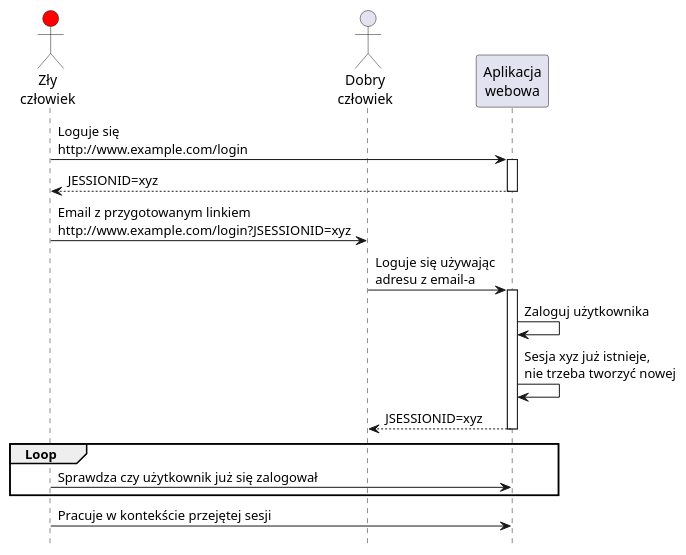
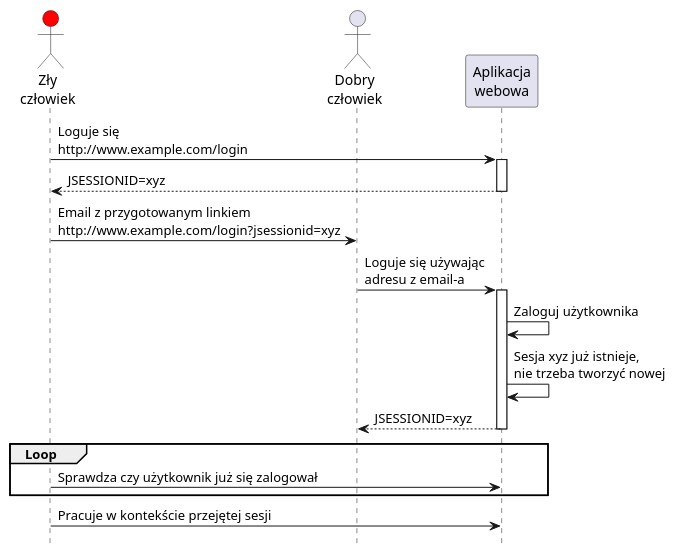
One commit to marcinmela/web-security changed the eighth of 10 diagrams in slides-pl.org. Above: the diagram before and after it, drawn with PlantUML. The commit also changed other lines of this file and 10 other files, not shown here.

```diff
--- a/slides-pl.org
+++ b/slides-pl.org
@@ -624,29 +644,29 @@
 #+BEGIN_SRC plantuml :file images/generated-session-fixation-scenario.png :results silent
 skinparam backgroundcolor transparent
 hide  footbox
 
 actor "Zły\nczłowiek" as Bob #red
 actor "Dobry\nczłowiek" as John 
 
 participant "Aplikacja\nwebowa" as App
 
 Bob -> App : Loguje się\nhttp://www.example.com/login
 activate App
-App --> Bob: JESSIONID=xyz
+App --> Bob: JSESSIONID=xyz
 deactivate App
    
-Bob -> John : Email z przygotowanym linkiem\nhttp://www.example.com/login?JSESSIONID=xyz
+Bob -> John : Email z przygotowanym linkiem\nhttp://www.example.com/login?jsessionid=xyz
 John -> App : Loguje się używając\nadresu z email-a
 activate App
 App->App : Zaloguj użytkownika
 App -> App : Sesja xyz już istnieje,\nnie trzeba tworzyć nowej
 
 App --> John : JSESSIONID=xyz
 deactivate App
 
 group Loop 
   Bob -> App: Sprawdza czy użytkownik już się zalogował
 end
 
 Bob -> App: Pracuje w kontekście przejętej sesji
 #+END_SRC
```
